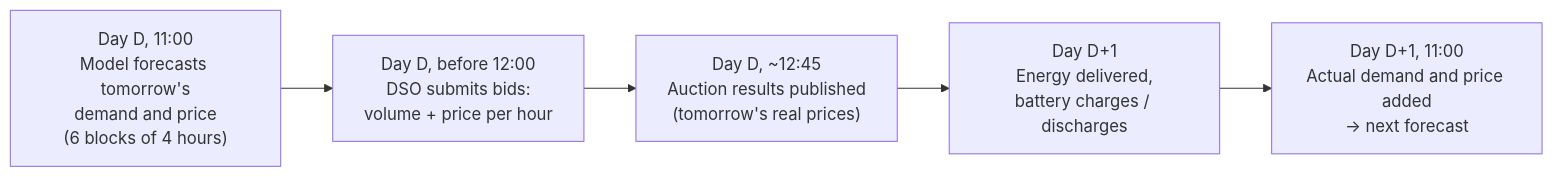
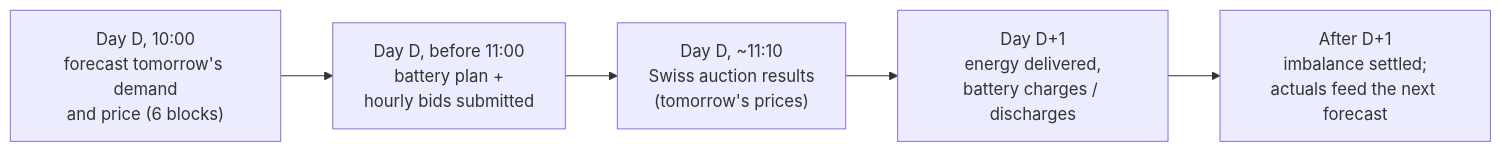
The first of 2 diagrams in day_ahead_planning.md (nicolasgarbea-lang/Data-analysis-and-processes), drawn with Mermaid before and after one commit. The commit also changed other lines of this file and 20 other files, not shown here.

````diff
--- a/day_ahead_planning.md
+++ b/day_ahead_planning.md
@@ -28,7 +30,7 @@
 ```mermaid
 flowchart LR
-    A["Day D, 11:00<br/>Model forecasts tomorrow's<br/>demand and price<br/>(6 blocks of 4 hours)"] --> B["Day D, before 12:00<br/>DSO submits bids:<br/>volume + price per hour"]
-    B --> C["Day D, ~12:45<br/>Auction results published<br/>(tomorrow's real prices)"]
-    C --> D["Day D+1<br/>Energy delivered,<br/>battery charges / discharges"]
-    D --> E["Day D+1, 11:00<br/>Actual demand and price added<br/>→ next forecast"]
+    A["Day D, 10:00<br/>forecast tomorrow's demand<br/>and price (6 blocks)"] --> B["Day D, before 11:00<br/>battery plan +<br/>hourly bids submitted"]
+    B --> C["Day D, ~11:10<br/>Swiss auction results<br/>(tomorrow's prices)"]
+    C --> D["Day D+1<br/>energy delivered,<br/>battery charges / discharges"]
+    D --> E["After D+1<br/>imbalance settled;<br/>actuals feed the next forecast"]
 ```
````
